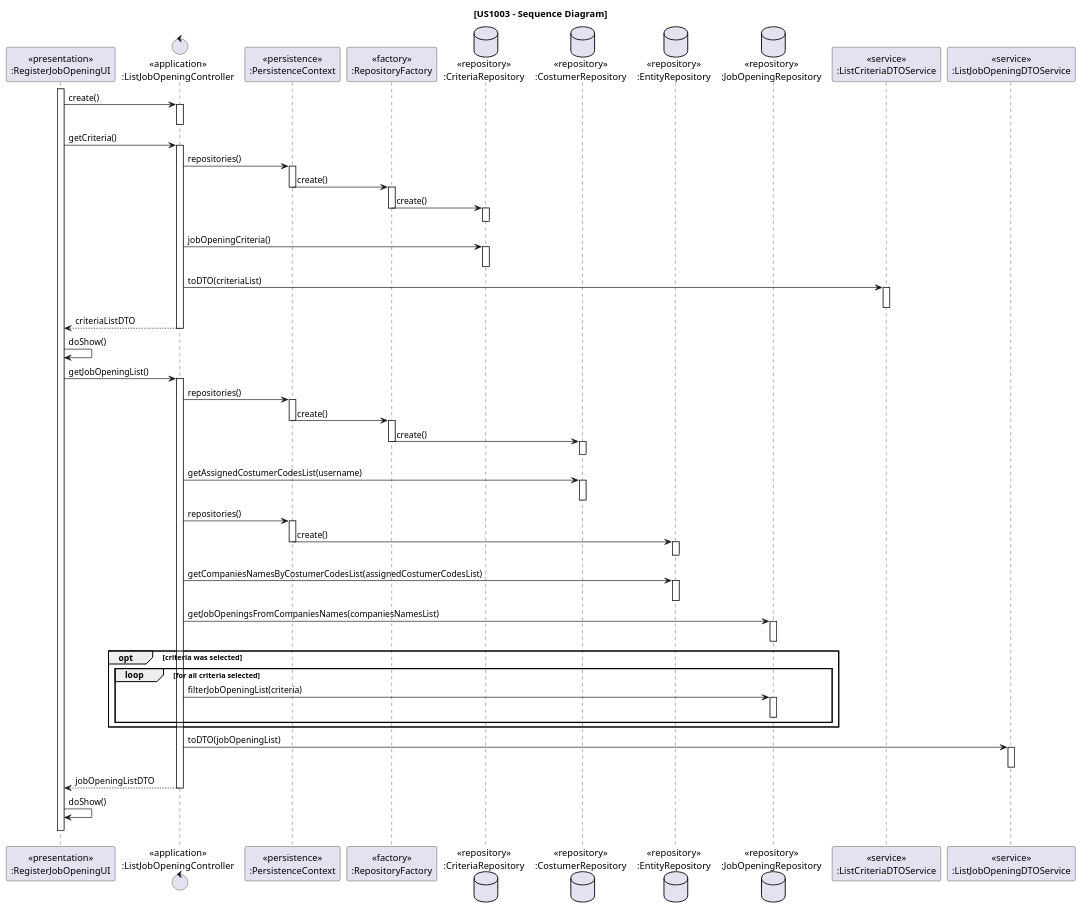
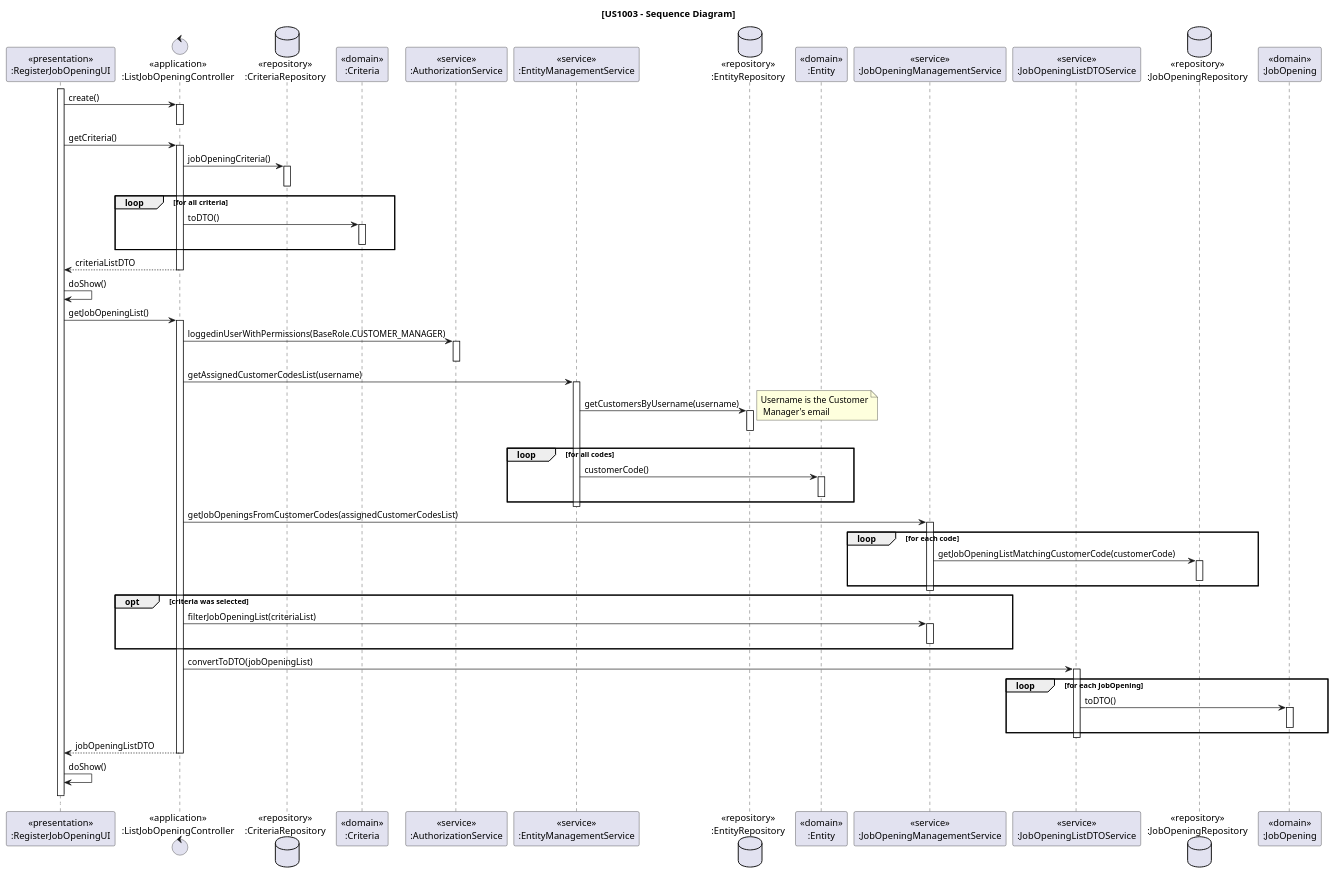
The diagram in docs/sb_us_1003/US1003_SD/us1003_sd.puml (rita-barbosa/LAPR4-2324), drawn with PlantUML before and after one commit. The commit also changed 4 other files, not shown here.

Commit message:
docs: US1003 design diagrams and text update [#30]

```diff
--- a/docs/sb_us_1003/US1003_SD/us1003_sd.puml
+++ b/docs/sb_us_1003/US1003_SD/us1003_sd.puml
@@ -1,124 +1,102 @@
 @startuml US1003_SD
 
 title [US1003 - Sequence Diagram]
 
 participant "<<presentation>>\n:RegisterJobOpeningUI" as UI
 control "<<application>>\n:ListJobOpeningController" as CTRL
-participant "<<persistence>>\n:PersistenceContext" as Persistence
-participant "<<factory>>\n:RepositoryFactory" as RepositoryFactory
 database "<<repository>>\n:CriteriaRepository" as CriteriaRepository
-database "<<repository>>\n:CostumerRepository" as CostumerRepository
+participant "<<domain>>\n:Criteria" as Criteria
+participant "<<service>>\n:AuthorizationService" as AuthSvc
+participant "<<service>>\n:EntityManagementService" as EntityManagement
 database "<<repository>>\n:EntityRepository" as EntityRepository
+participant "<<domain>>\n:Entity" as Entity
+participant "<<service>>\n:JobOpeningManagementService" as JobManagement
+participant "<<service>>\n:JobOpeningListDTOService" as JobOpeningListDTO
 database "<<repository>>\n:JobOpeningRepository" as JobOpeningRepository
-participant "<<service>>\n:ListCriteriaDTOService" as CriteriaDTOSvc
-participant "<<service>>\n:ListJobOpeningDTOService" as JobOpeningDTOSvc
+participant "<<domain>>\n:JobOpening" as JobOpening
 
 activate UI
 
 UI -> CTRL : create()
 
 activate CTRL
 deactivate CTRL
 
 UI -> CTRL : getCriteria()
 activate CTRL
 
 
-    CTRL -> Persistence : repositories()
-    activate Persistence
-
-        Persistence -> RepositoryFactory : create()
-        deactivate Persistence
-        activate RepositoryFactory
-
-            RepositoryFactory -> CriteriaRepository : create()
-            deactivate RepositoryFactory
-            activate CriteriaRepository
-
-            CriteriaRepository -[#white]> CriteriaRepository
-            deactivate CriteriaRepository
-
-
     CTRL -> CriteriaRepository : jobOpeningCriteria()
     activate CriteriaRepository
     deactivate CriteriaRepository
 
-    CTRL -> CriteriaDTOSvc : toDTO(criteriaList)
+    loop for all criteria
 
-    activate CriteriaDTOSvc
-    deactivate CriteriaDTOSvc
+        CTRL -> Criteria : toDTO()
+        activate Criteria
+        deactivate Criteria
+
+    end loop
 
     CTRL --> UI : criteriaListDTO
     deactivate CTRL
 
 UI -> UI : doShow()
 
 UI -> CTRL : getJobOpeningList()
 activate CTRL
 
-CTRL -> Persistence : repositories()
+    CTRL -> AuthSvc : loggedinUserWithPermissions(BaseRole.CUSTOMER_MANAGER)
+    activate AuthSvc
+    deactivate AuthSvc
 
-    activate Persistence
+    CTRL -> EntityManagement : getAssignedCustomerCodesList(username)
+    activate EntityManagement
 
-    Persistence -> RepositoryFactory : create()
-    deactivate Persistence
+        EntityManagement -> EntityRepository : getCustomersByUsername(username)
+        note right: Username is the Customer\n Manager's email
+        activate EntityRepository
+        deactivate EntityRepository
 
-    activate RepositoryFactory
+        loop for all codes
+            EntityManagement -> Entity : customerCode()
+            activate Entity
+            deactivate Entity
+        end loop
 
-        RepositoryFactory -> CostumerRepository : create()
-        deactivate RepositoryFactory
+    deactivate EntityManagement
 
-        activate CostumerRepository
-
-        CostumerRepository -[#white]> CostumerRepository
-        deactivate CostumerRepository
-
-
-    CTRL -> CostumerRepository : getAssignedCostumerCodesList(username)
-    activate CostumerRepository
-    deactivate CostumerRepository
-
-    CTRL -> Persistence : repositories()
-    activate Persistence
-
-    Persistence -> EntityRepository : create()
-    deactivate Persistence
-
-    activate EntityRepository
-
-    EntityRepository -[#white]> EntityRepository
-    deactivate EntityRepository
-
-    CTRL -> EntityRepository : getCompaniesNamesByCostumerCodesList(assignedCostumerCodesList)
-    activate EntityRepository
-    deactivate EntityRepository
-
-    CTRL -> JobOpeningRepository : getJobOpeningsFromCompaniesNames(companiesNamesList)
-    activate JobOpeningRepository
-    deactivate JobOpeningRepository
+    CTRL -> JobManagement : getJobOpeningsFromCustomerCodes(assignedCustomerCodesList)
+    activate JobManagement
+        loop for each code
+        JobManagement -> JobOpeningRepository : getJobOpeningListMatchingCustomerCode(customerCode)
+        activate JobOpeningRepository
+        deactivate JobOpeningRepository
+        end loop
+    deactivate JobManagement
 
     opt criteria was selected
+        CTRL -> JobManagement : filterJobOpeningList(criteriaList)
+        activate JobManagement
+        deactivate JobManagement
+    end opt
 
-        loop for all criteria selected
+    CTRL -> JobOpeningListDTO : convertToDTO(jobOpeningList)
+    activate JobOpeningListDTO
 
-            CTRL -> JobOpeningRepository : filterJobOpeningList(criteria)
-            activate JobOpeningRepository
-            deactivate JobOpeningRepository
-
+        loop for each JobOpening
+            JobOpeningListDTO -> JobOpening : toDTO()
+            activate JobOpening
+            deactivate JobOpening
         end loop
-
-    end alt
-
-    CTRL -> JobOpeningDTOSvc : toDTO(jobOpeningList)
-    activate JobOpeningDTOSvc
-    deactivate JobOpeningDTOSvc
+    deactivate JobOpeningListDTO
 
     CTRL --> UI : jobOpeningListDTO
 deactivate CTRL
 
 UI -> UI : doShow()
 UI -[#white]-> UI
 
 deactivate UI
 
 @enduml
```
